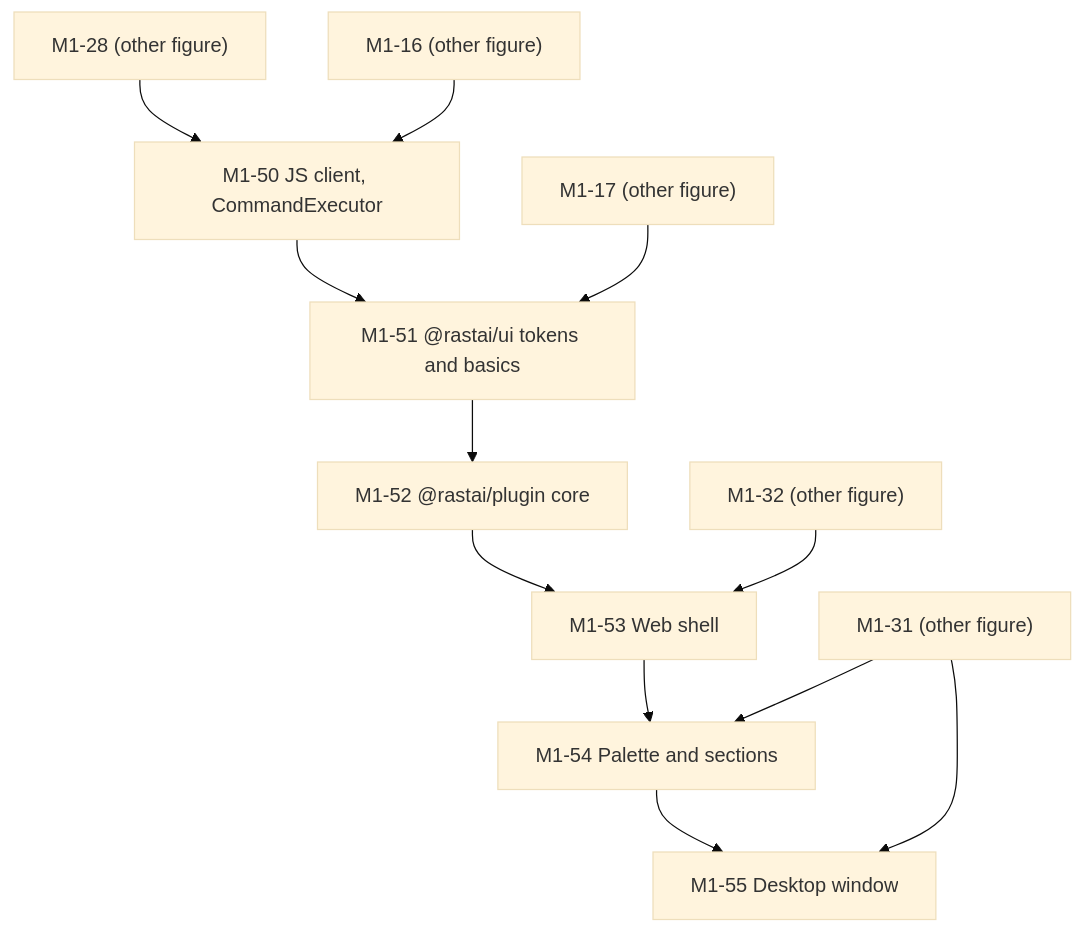
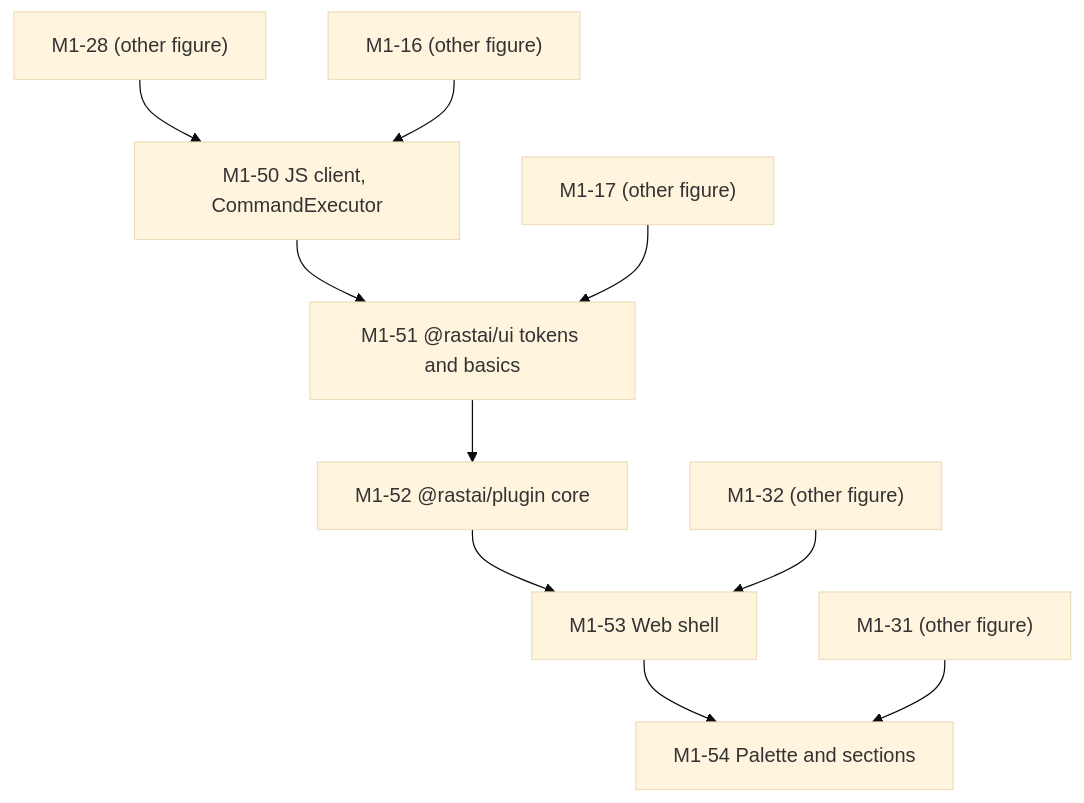
The fifth of 6 diagrams in docs/plan/implementation-plan.md (Snubiss/RASTAI-Research-Studio), drawn with Mermaid (base theme) before and after one commit. The commit also changed other lines of this file and 13 other files, not shown here.

````diff
--- a/docs/plan/implementation-plan.md
+++ b/docs/plan/implementation-plan.md
@@ -627,25 +626,22 @@
 ```mermaid
 flowchart TD
   M1_50["M1-50 JS client, CommandExecutor"]
   M1_51["M1-51 @rastai/ui tokens and basics"]
   M1_52["M1-52 @rastai/plugin core"]
   M1_53["M1-53 Web shell"]
   M1_54["M1-54 Palette and sections"]
-  M1_55["M1-55 Desktop window"]
   M1_28["M1-28 (other figure)"]
   M1_16["M1-16 (other figure)"]
   M1_17["M1-17 (other figure)"]
   M1_32["M1-32 (other figure)"]
   M1_31["M1-31 (other figure)"]
   M1_28 --> M1_50
   M1_16 --> M1_50
   M1_50 --> M1_51
   M1_17 --> M1_51
   M1_51 --> M1_52
   M1_52 --> M1_53
   M1_32 --> M1_53
   M1_53 --> M1_54
   M1_31 --> M1_54
-  M1_54 --> M1_55
-  M1_31 --> M1_55
 ```
````
